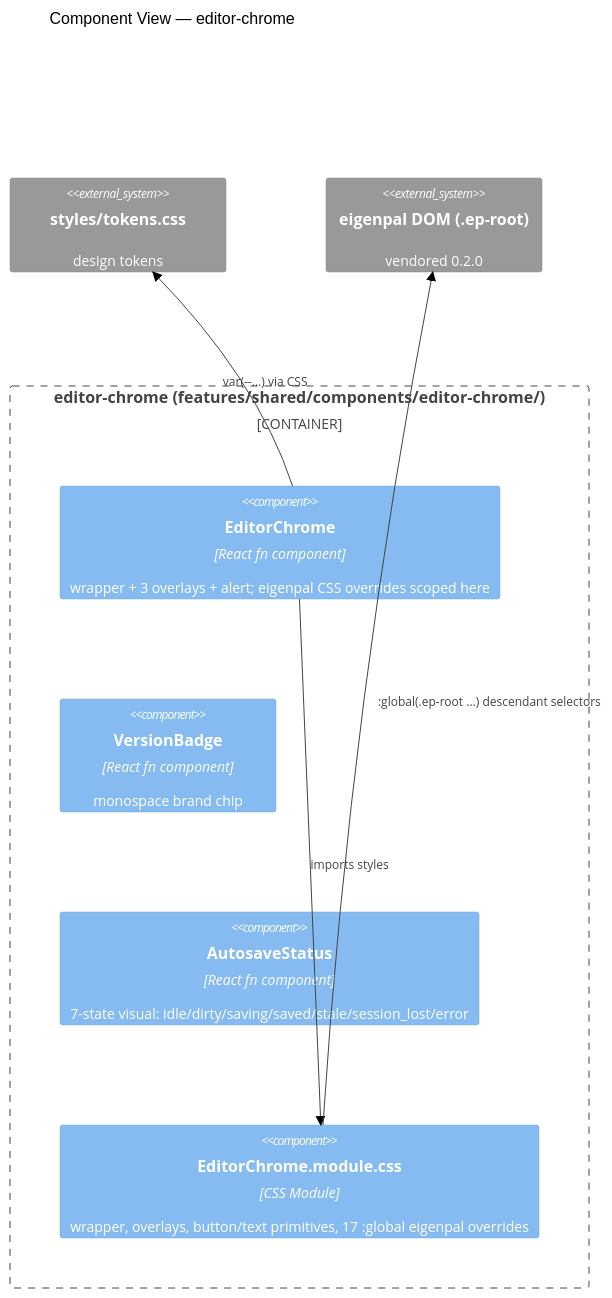
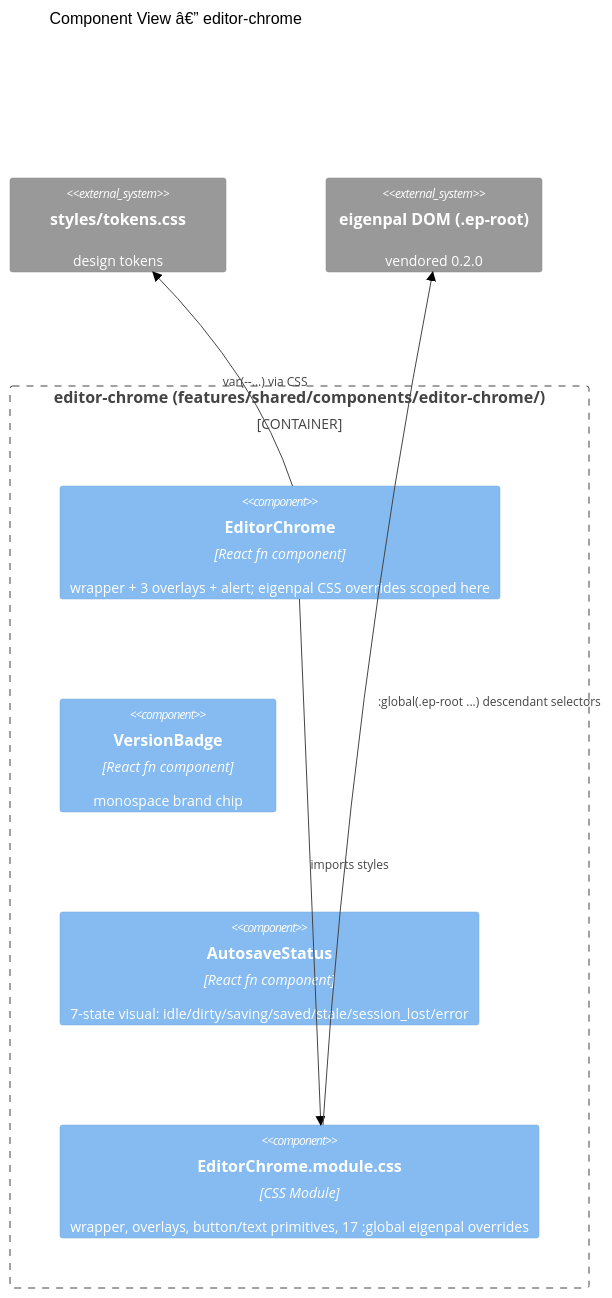
The second of 5 diagrams in wiki/modules/editor-chrome.md (developmentconexus-ops/MetalDocs), drawn with Mermaid (neutral theme) before and after one commit. The commit also changed other lines of this file and 12 other files, not shown here.

````diff
--- a/wiki/modules/editor-chrome.md
+++ b/wiki/modules/editor-chrome.md
@@ -102,15 +102,15 @@
 ```mermaid
 C4Component
-    title Component View — editor-chrome
+    title Component View â€” editor-chrome
     Container_Boundary(mod, "editor-chrome (features/shared/components/editor-chrome/)") {
         Component(ec, "EditorChrome", "React fn component", "wrapper + 3 overlays + alert; eigenpal CSS overrides scoped here")
         Component(vb, "VersionBadge", "React fn component", "monospace brand chip")
         Component(as, "AutosaveStatus", "React fn component", "7-state visual: idle/dirty/saving/saved/stale/session_lost/error")
         Component(css, "EditorChrome.module.css", "CSS Module", "wrapper, overlays, button/text primitives, 17 :global eigenpal overrides")
     }
     System_Ext(tok, "styles/tokens.css", "design tokens")
     System_Ext(ep, "eigenpal DOM (.ep-root)", "vendored 0.2.0")
     Rel(ec, css, "imports styles")
     Rel(ec, tok, "var(--...) via CSS")
     Rel(css, ep, ":global(.ep-root ...) descendant selectors")
 ```
````
